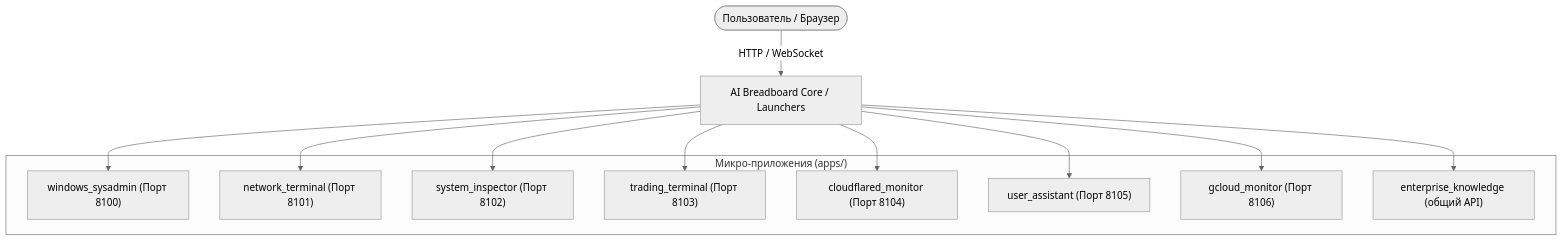
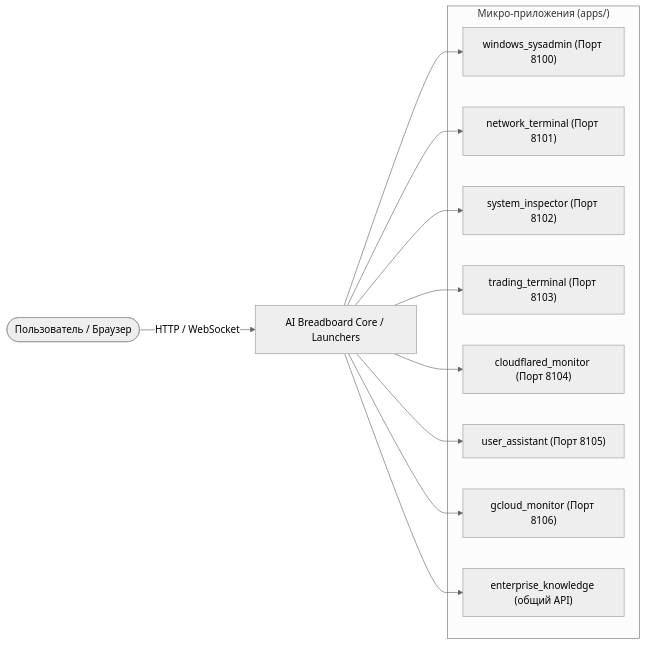
Before and after one commit to hypo69/AI-Breadboard: the diagram in docs/ru/apps/index.md, drawn with Mermaid (neutral theme). The commit also changed 161 other files, not shown here.

````diff
--- a/docs/ru/apps/index.md
+++ b/docs/ru/apps/index.md
@@ -13,24 +13,24 @@
 ```mermaid
-graph TD
+graph LR
     User([Пользователь / Браузер]) -->|HTTP / WebSocket| Gateway[AI Breadboard Core / Launchers]
     
     subgraph Apps ["Микро-приложения (apps/)"]
         A1["windows_sysadmin (Порт 8100)"]
         A2["network_terminal (Порт 8101)"]
         A3["system_inspector (Порт 8102)"]
         A4["trading_terminal (Порт 8103)"]
         A5["cloudflared_monitor (Порт 8104)"]
         A6["user_assistant (Порт 8105)"]
         A7["gcloud_monitor (Порт 8106)"]
         A8["enterprise_knowledge (общий API)"]
     end
     
     Gateway --> A1
     Gateway --> A2
     Gateway --> A3
     Gateway --> A4
     Gateway --> A5
     Gateway --> A6
     Gateway --> A7
     Gateway --> A8
 ```
````
